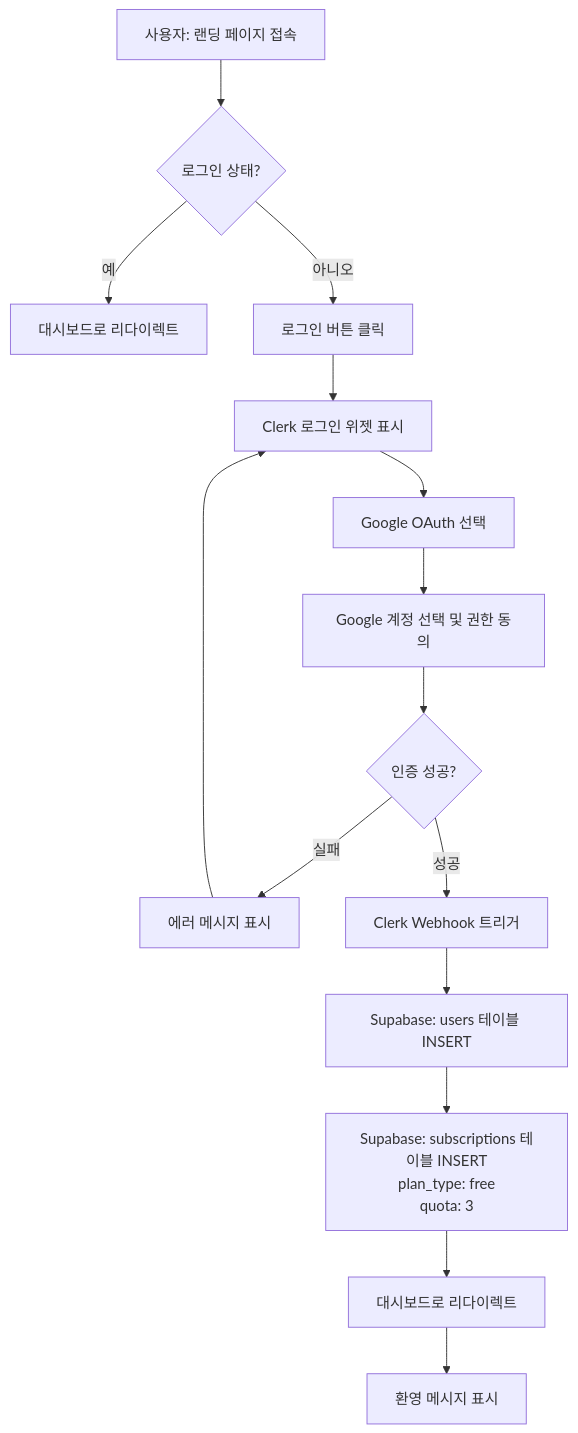
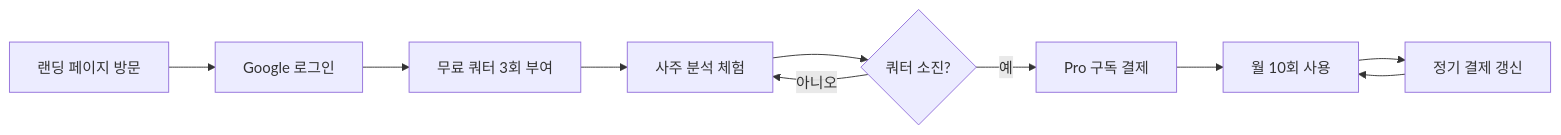
One commit to idoforgod/3-2-saju changed the first of 17 diagrams in docs/userflow.md. Above: the diagram before and after it, drawn with Mermaid. The commit also changed other lines of this file, not shown here.

First line of the commit message:
docs: PRD 기반 상세 사용자 플로우 문서 업데이트

````diff
--- a/docs/userflow.md
+++ b/docs/userflow.md
@@ -15,17 +28,12 @@
 ```mermaid
-flowchart TD
-    A[사용자: 랜딩 페이지 접속] --> B{로그인 상태?}
-    B -->|예| C[대시보드로 리다이렉트]
-    B -->|아니오| D[로그인 버튼 클릭]
-    D --> E[Clerk 로그인 위젯 표시]
-    E --> F[Google OAuth 선택]
-    F --> G[Google 계정 선택 및 권한 동의]
-    G --> H{인증 성공?}
-    H -->|실패| I[에러 메시지 표시]
-    I --> E
-    H -->|성공| J[Clerk Webhook 트리거]
-    J --> K[Supabase: users 테이블 INSERT]
-    K --> L[Supabase: subscriptions 테이블 INSERT<br>plan_type: free<br>quota: 3]
-    L --> M[대시보드로 리다이렉트]
-    M --> N[환영 메시지 표시]
+graph LR
+    A[랜딩 페이지 방문] --> B[Google 로그인]
+    B --> C[무료 쿼터 3회 부여]
+    C --> D[사주 분석 체험]
+    D --> E{쿼터 소진?}
+    E -->|아니오| D
+    E -->|예| F[Pro 구독 결제]
+    F --> G[월 10회 사용]
+    G --> H[정기 결제 갱신]
+    H --> G
 ```
````
